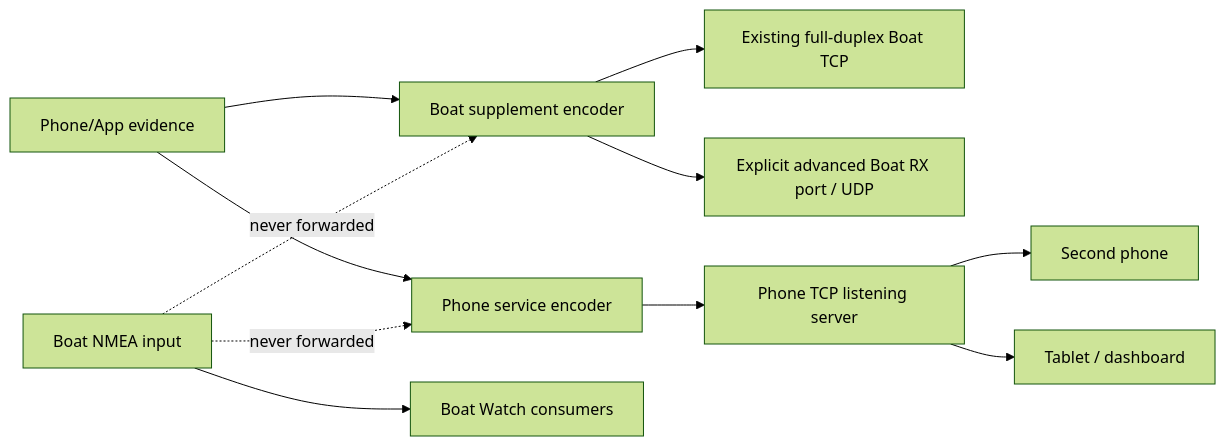
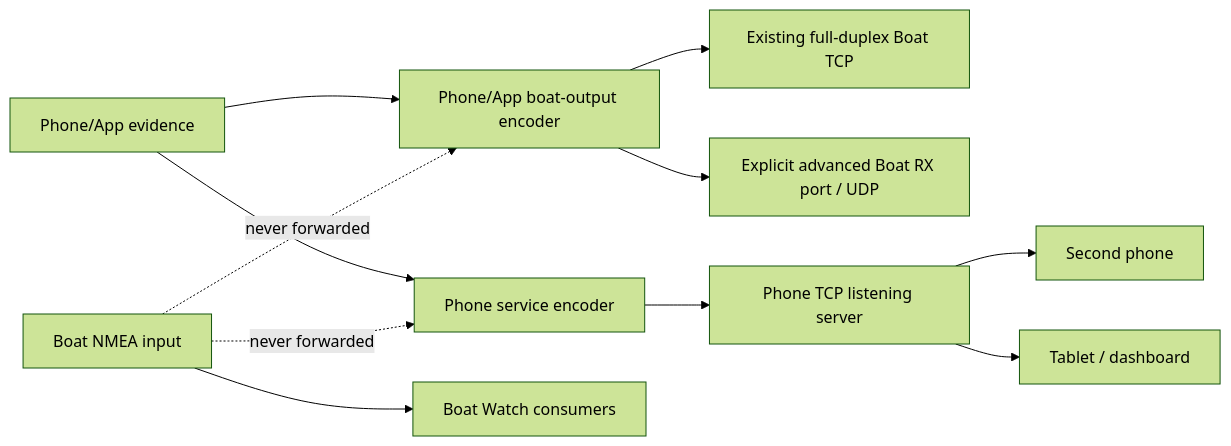
One commit to ohkuku/yokuli_nmea_anchor_alarm changed the diagram in docs/NMEA_PRODUCT_BOUNDARIES.md. Above: the diagram before and after it, drawn with Mermaid (forest theme). The commit also changed other lines of this file and 39 other files, not shown here.

Commit message:
Refine trip attitude reports and phone NMEA output

````diff
--- a/docs/NMEA_PRODUCT_BOUNDARIES.md
+++ b/docs/NMEA_PRODUCT_BOUNDARIES.md
@@ -17,13 +17,13 @@
 ```mermaid
 flowchart LR
-    P[Phone/App evidence] --> E1[Boat supplement encoder]
+    P[Phone/App evidence] --> E1[Phone/App boat-output encoder]
     P --> E2[Phone service encoder]
     E1 --> B1[Existing full-duplex Boat TCP]
     E1 --> B2[Explicit advanced Boat RX port / UDP]
     E2 --> S[Phone TCP listening server]
     S --> C1[Second phone]
     S --> C2[Tablet / dashboard]
     X[Boat NMEA input] --> A[Boat Watch consumers]
     X -. never forwarded .-> E1
     X -. never forwarded .-> E2
 ```
````
